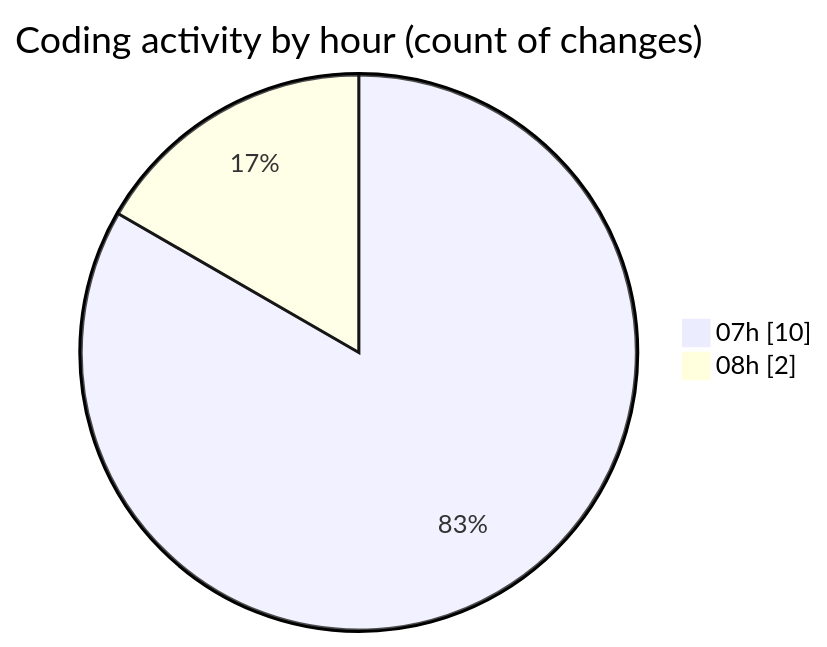
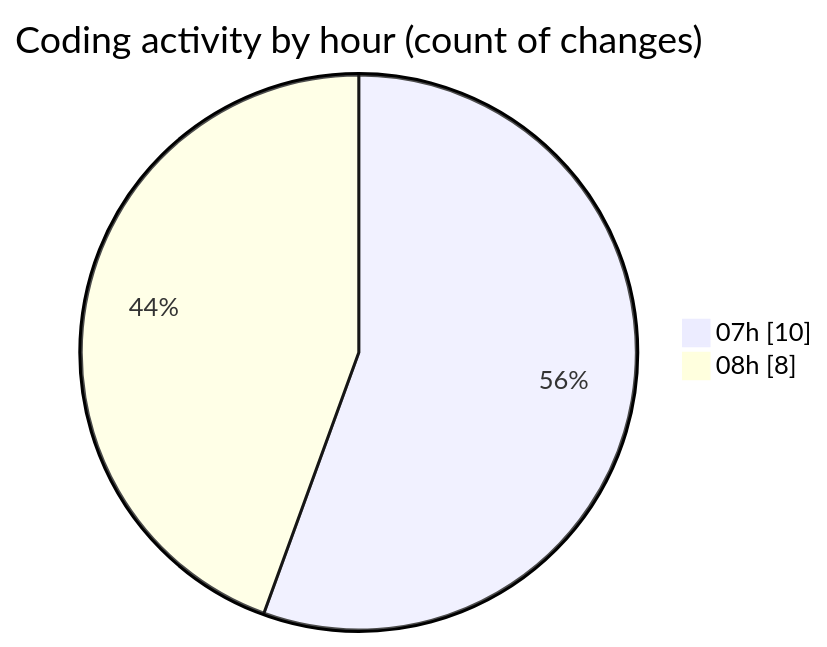
One commit to tmsrecording-cyber/code-tracking changed the second of 2 diagrams in 2026-02-08/singularitybrainai/README.md. Above: the diagram before and after it, drawn with Mermaid. The commit also changed other lines of this file and 1 other file, not shown here.

````diff
--- a/2026-02-08/singularitybrainai/README.md
+++ b/2026-02-08/singularitybrainai/README.md
@@ -29,6 +31,6 @@
 ```mermaid
 pie showData
 title Coding activity by hour (count of changes)
 "07h" : 10
-"08h" : 2
+"08h" : 8
 ```
````
